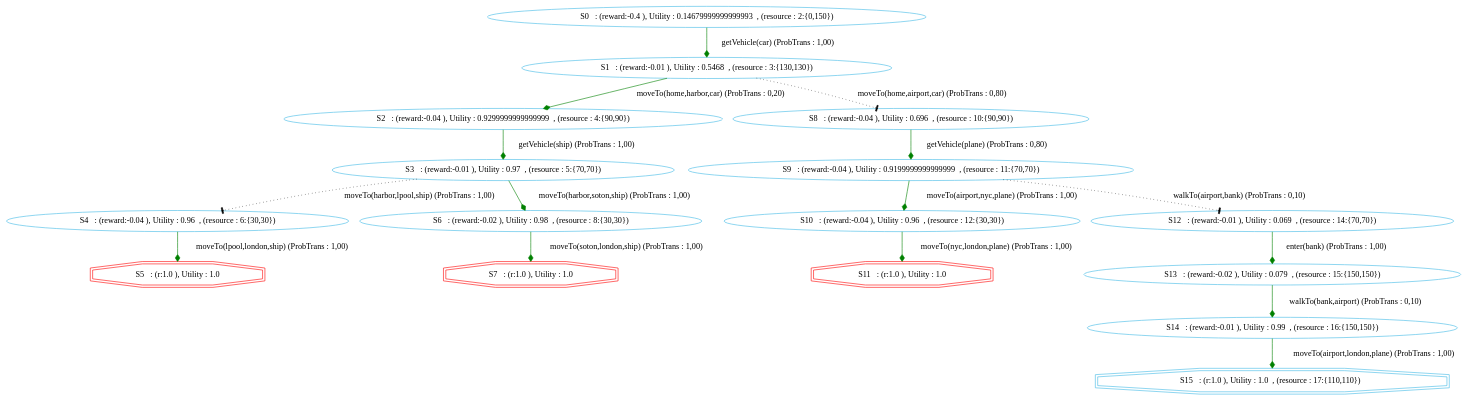
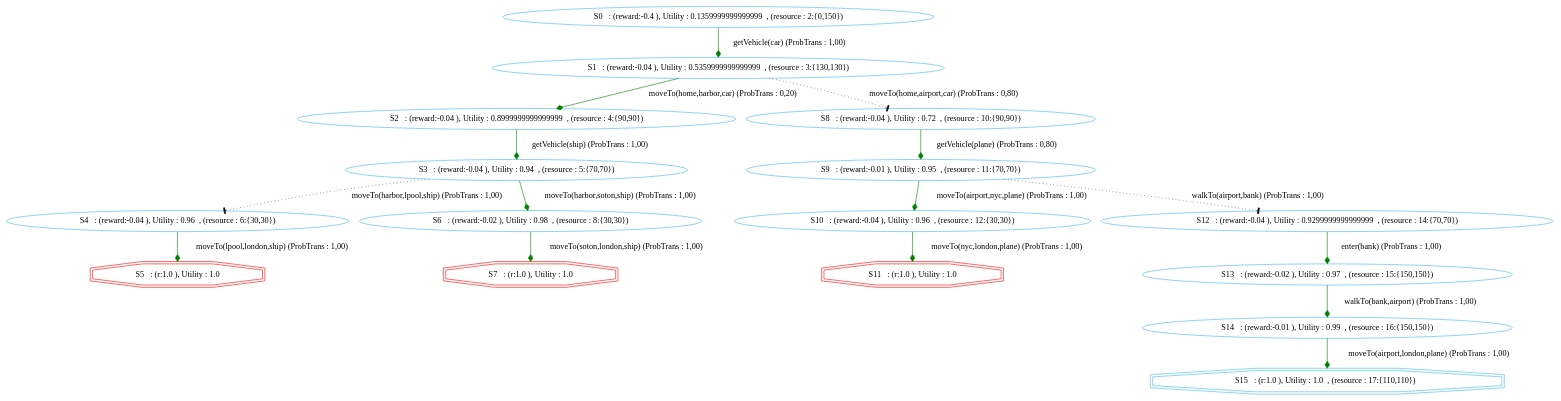
The diagram in chimp/src/main/java/examples/MDP/gotolondon/gotolondonGraphVICHIMP.dot (htiraHatem/CHIMP_MDP), drawn with Graphviz before and after one commit. The commit also changed 4 other files, not shown here.

```diff
--- a/chimp/src/main/java/examples/MDP/gotolondon/gotolondonGraphVICHIMP.dot
+++ b/chimp/src/main/java/examples/MDP/gotolondon/gotolondonGraphVICHIMP.dot
@@ -1,23 +1,23 @@
 digraph {
   node [color="#40b9e5" ]
  size="60,17";
 "5" [label=" S5   : (r:1.0 ), Utility : 1.0 " color = red ,  shape=doubleoctagon]
 "7" [label=" S7   : (r:1.0 ), Utility : 1.0 " color = red ,  shape=doubleoctagon]
 "11" [label=" S11   : (r:1.0 ), Utility : 1.0 " color = red ,  shape=doubleoctagon]
 "15" [label=" S15   : (r:1.0 ), Utility : 1.0  , (resource : 17:{110,110})  " shape=doubleoctagon];
-"0" [label=" S0   : (reward:-0.4 ), Utility : 0.14679999999999993  , (resource : 2:{0,150}) "]"1" [label=" S1   : (reward:-0.01 ), Utility : 0.5468  , (resource : 3:{130,130}) "]"2" [label=" S2   : (reward:-0.04 ), Utility : 0.9299999999999999  , (resource : 4:{90,90}) "]"3" [label=" S3   : (reward:-0.01 ), Utility : 0.97  , (resource : 5:{70,70}) "]"4" [label=" S4   : (reward:-0.04 ), Utility : 0.96  , (resource : 6:{30,30}) "]"6" [label=" S6   : (reward:-0.02 ), Utility : 0.98  , (resource : 8:{30,30}) "]"8" [label=" S8   : (reward:-0.04 ), Utility : 0.696  , (resource : 10:{90,90}) "]"9" [label=" S9   : (reward:-0.04 ), Utility : 0.9199999999999999  , (resource : 11:{70,70}) "]"10" [label=" S10   : (reward:-0.04 ), Utility : 0.96  , (resource : 12:{30,30}) "]"12" [label=" S12   : (reward:-0.01 ), Utility : 0.069  , (resource : 14:{70,70}) "]"13" [label=" S13   : (reward:-0.02 ), Utility : 0.079  , (resource : 15:{150,150}) "]"14" [label=" S14   : (reward:-0.01 ), Utility : 0.99  , (resource : 16:{150,150}) "]"0" -> "1" [ label="getVehicle(car) (ProbTrans : 1,00)"
+"0" [label=" S0   : (reward:-0.4 ), Utility : 0.1359999999999999  , (resource : 2:{0,150}) "]"1" [label=" S1   : (reward:-0.04 ), Utility : 0.5359999999999999  , (resource : 3:{130,130}) "]"2" [label=" S2   : (reward:-0.04 ), Utility : 0.8999999999999999  , (resource : 4:{90,90}) "]"3" [label=" S3   : (reward:-0.04 ), Utility : 0.94  , (resource : 5:{70,70}) "]"4" [label=" S4   : (reward:-0.04 ), Utility : 0.96  , (resource : 6:{30,30}) "]"6" [label=" S6   : (reward:-0.02 ), Utility : 0.98  , (resource : 8:{30,30}) "]"8" [label=" S8   : (reward:-0.04 ), Utility : 0.72  , (resource : 10:{90,90}) "]"9" [label=" S9   : (reward:-0.01 ), Utility : 0.95  , (resource : 11:{70,70}) "]"10" [label=" S10   : (reward:-0.04 ), Utility : 0.96  , (resource : 12:{30,30}) "]"12" [label=" S12   : (reward:-0.04 ), Utility : 0.9299999999999999  , (resource : 14:{70,70}) "]"13" [label=" S13   : (reward:-0.02 ), Utility : 0.97  , (resource : 15:{150,150}) "]"14" [label=" S14   : (reward:-0.01 ), Utility : 0.99  , (resource : 16:{150,150}) "]"0" -> "1" [ label="getVehicle(car) (ProbTrans : 1,00)"
 , arrowhead = diamond , color=green];"1" -> "2" [ label="moveTo(home,harbor,car) (ProbTrans : 0,20)"
 , arrowhead = diamond , color=green];"1" -> "8" [ label="moveTo(home,airport,car) (ProbTrans : 0,80)"
 ,style=dotted, arrowhead=tee];"2" -> "3" [ label="getVehicle(ship) (ProbTrans : 1,00)"
 , arrowhead = diamond , color=green];"3" -> "4" [ label="moveTo(harbor,lpool,ship) (ProbTrans : 1,00)"
 ,style=dotted, arrowhead=tee];"3" -> "6" [ label="moveTo(harbor,soton,ship) (ProbTrans : 1,00)"
 , arrowhead = diamond , color=green];"4" -> "5" [ label="moveTo(lpool,london,ship) (ProbTrans : 1,00)"
 , arrowhead = diamond , color=green];"6" -> "7" [ label="moveTo(soton,london,ship) (ProbTrans : 1,00)"
 , arrowhead = diamond , color=green];"8" -> "9" [ label="getVehicle(plane) (ProbTrans : 0,80)"
 , arrowhead = diamond , color=green];"9" -> "10" [ label="moveTo(airport,nyc,plane) (ProbTrans : 1,00)"
-, arrowhead = diamond , color=green];"9" -> "12" [ label="walkTo(airport,bank) (ProbTrans : 0,10)"
+, arrowhead = diamond , color=green];"9" -> "12" [ label="walkTo(airport,bank) (ProbTrans : 1,00)"
 ,style=dotted, arrowhead=tee];"10" -> "11" [ label="moveTo(nyc,london,plane) (ProbTrans : 1,00)"
 , arrowhead = diamond , color=green];"12" -> "13" [ label="enter(bank) (ProbTrans : 1,00)"
-, arrowhead = diamond , color=green];"13" -> "14" [ label="walkTo(bank,airport) (ProbTrans : 0,10)"
+, arrowhead = diamond , color=green];"13" -> "14" [ label="walkTo(bank,airport) (ProbTrans : 1,00)"
 , arrowhead = diamond , color=green];"14" -> "15" [ label="moveTo(airport,london,plane) (ProbTrans : 1,00)"
 , arrowhead = diamond , color=green];}
```
